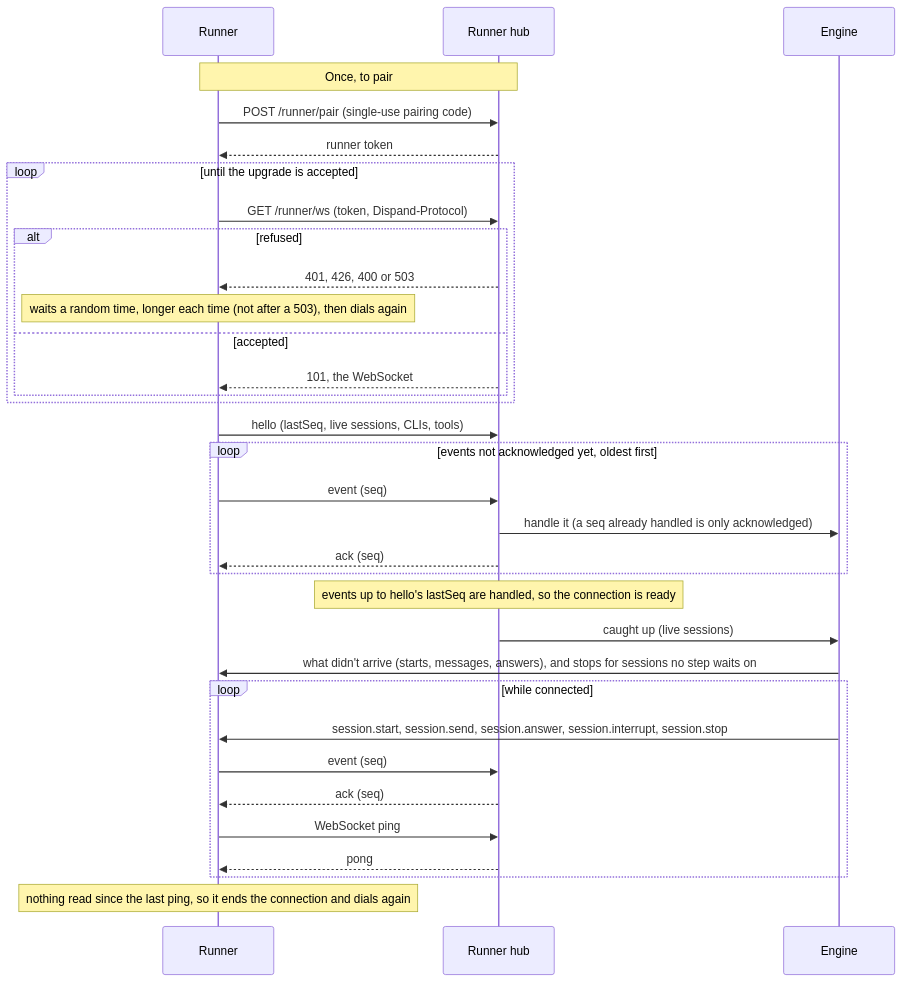
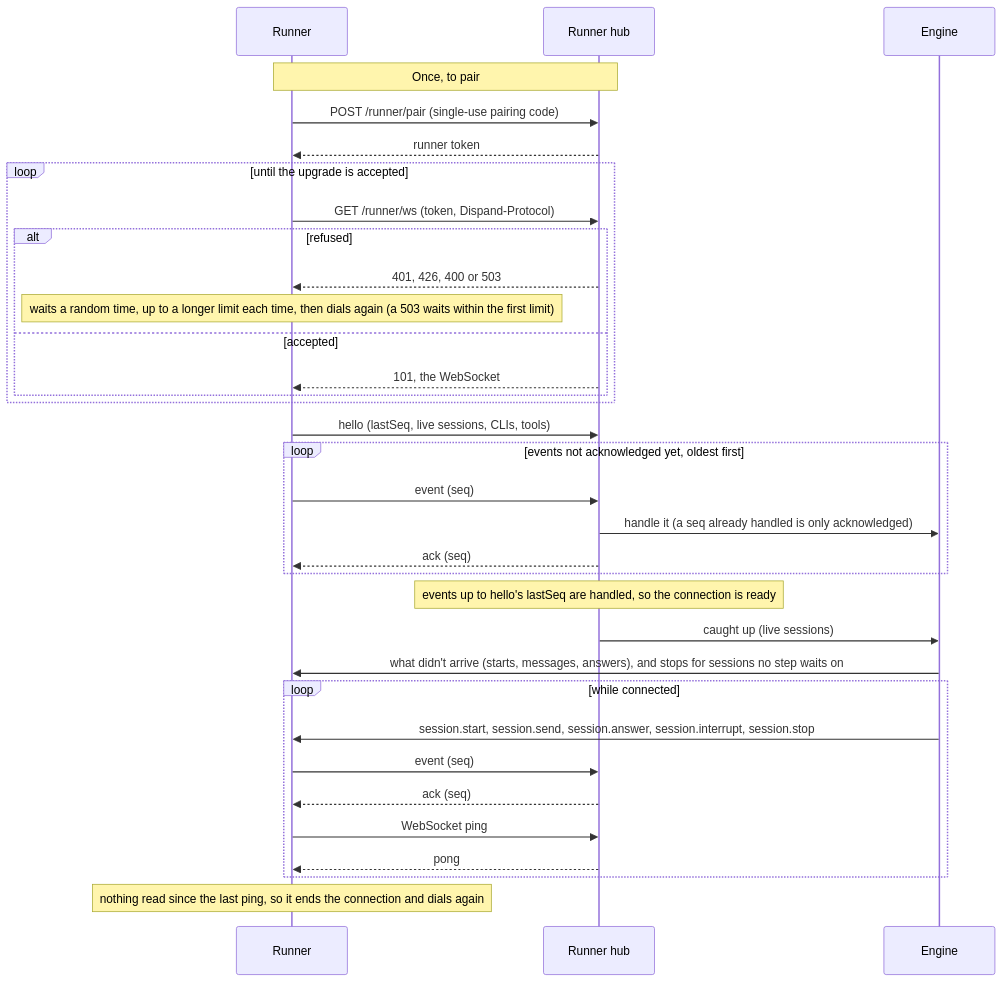
Before and after one commit to polystartup/dispand: the sixth of 6 diagrams in docs/architecture/diagrams.md, drawn with Mermaid. The commit also changed other lines of this file, not shown here.

Commit message:
docs(architecture): limit the supervisor's tool path to what Dispand attaches, and say how a 503 retries

````diff
--- a/docs/architecture/diagrams.md
+++ b/docs/architecture/diagrams.md
@@ -129,39 +130,39 @@
 ```mermaid
 sequenceDiagram
   participant R as Runner
   participant H as Runner hub
   participant E as Engine
 
   Note over R,H: Once, to pair
   R->>H: POST /runner/pair (single-use pairing code)
   H-->>R: runner token
 
   loop until the upgrade is accepted
     R->>H: GET /runner/ws (token, Dispand-Protocol)
     alt refused
       H-->>R: 401, 426, 400 or 503
-      Note over R: waits a random time, longer each time (not after a 503), then dials again
+      Note over R: waits a random time, up to a longer limit each time, then dials again (a 503 waits within the first limit)
     else accepted
       H-->>R: 101, the WebSocket
     end
   end
 
   R->>H: hello (lastSeq, live sessions, CLIs, tools)
   loop events not acknowledged yet, oldest first
     R->>H: event (seq)
     H->>E: handle it (a seq already handled is only acknowledged)
     H-->>R: ack (seq)
   end
   Note over H: events up to hello's lastSeq are handled, so the connection is ready
   H->>E: caught up (live sessions)
   E->>R: what didn't arrive (starts, messages, answers), and stops for sessions no step waits on
 
   loop while connected
     E->>R: session.start, session.send, session.answer, session.interrupt, session.stop
     R->>H: event (seq)
     H-->>R: ack (seq)
     R->>H: WebSocket ping
     H-->>R: pong
   end
   Note over R: nothing read since the last ping, so it ends the connection and dials again
 ```
````
